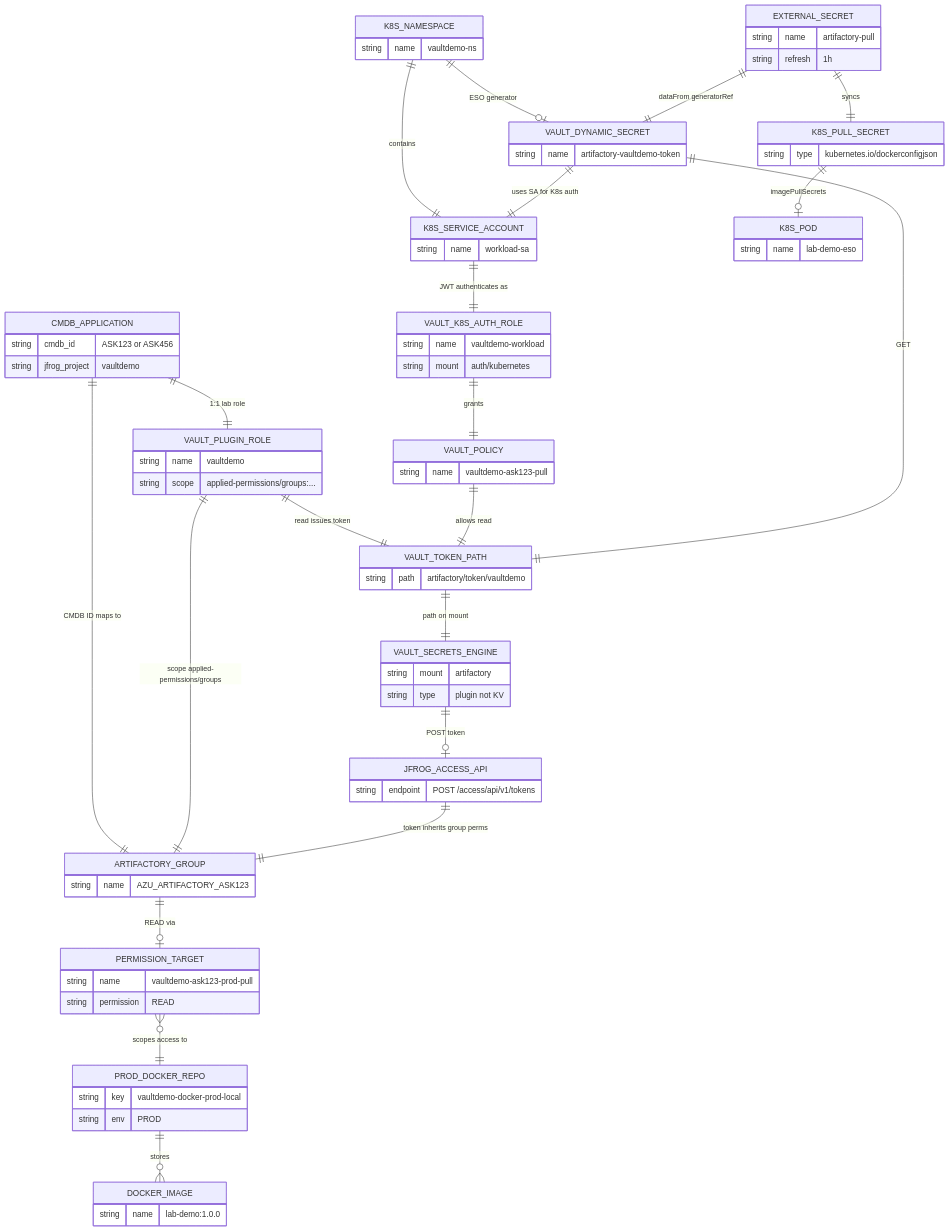
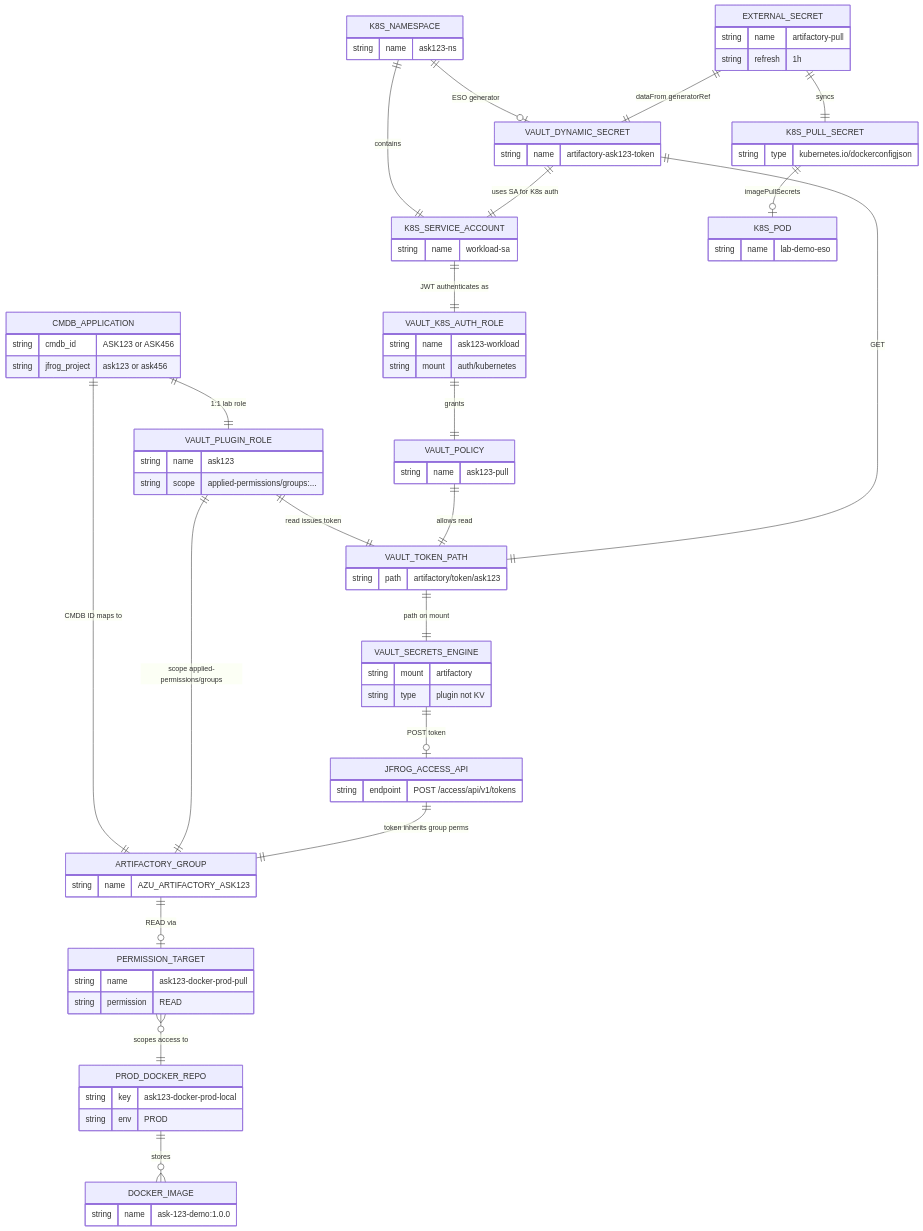
Before and after one commit to tomjfrog/vault-artifactory-lab: the first of 7 diagrams in docs/visual-architecture.md, drawn with Mermaid. The commit also changed other lines of this file and 32 other files, not shown here.

```diff
--- a/docs/visual-architecture.md
+++ b/docs/visual-architecture.md
@@ -64,7 +63,7 @@
 
     CMDB_APPLICATION {
         string cmdb_id "ASK123 or ASK456"
-        string jfrog_project "vaultdemo"
+        string jfrog_project "ask123 or ask456"
     }
 
     ARTIFACTORY_GROUP {
@@ -72,17 +71,17 @@
     }
 
     PERMISSION_TARGET {
-        string name "vaultdemo-ask123-prod-pull"
+        string name "ask123-docker-prod-pull"
         string permission "READ"
     }
 
     PROD_DOCKER_REPO {
-        string key "vaultdemo-docker-prod-local"
+        string key "ask123-docker-prod-local"
         string env "PROD"
     }
 
     DOCKER_IMAGE {
-        string name "lab-demo:1.0.0"
+        string name "ask-123-demo:1.0.0"
     }
 
     VAULT_SECRETS_ENGINE {
@@ -91,25 +90,25 @@
     }
 
     VAULT_PLUGIN_ROLE {
-        string name "vaultdemo"
+        string name "ask123"
         string scope "applied-permissions/groups:..."
     }
 
     VAULT_TOKEN_PATH {
-        string path "artifactory/token/vaultdemo"
+        string path "artifactory/token/ask123"
     }
 
     VAULT_POLICY {
-        string name "vaultdemo-ask123-pull"
+        string name "ask123-pull"
     }
 
     VAULT_K8S_AUTH_ROLE {
-        string name "vaultdemo-workload"
+        string name "ask123-workload"
         string mount "auth/kubernetes"
     }
 
     K8S_NAMESPACE {
-        string name "vaultdemo-ns"
+        string name "ask123-ns"
     }
 
     K8S_SERVICE_ACCOUNT {
@@ -117,7 +116,7 @@
     }
 
     VAULT_DYNAMIC_SECRET {
-        string name "artifactory-vaultdemo-token"
+        string name "artifactory-ask123-token"
     }
 
     EXTERNAL_SECRET {
```
